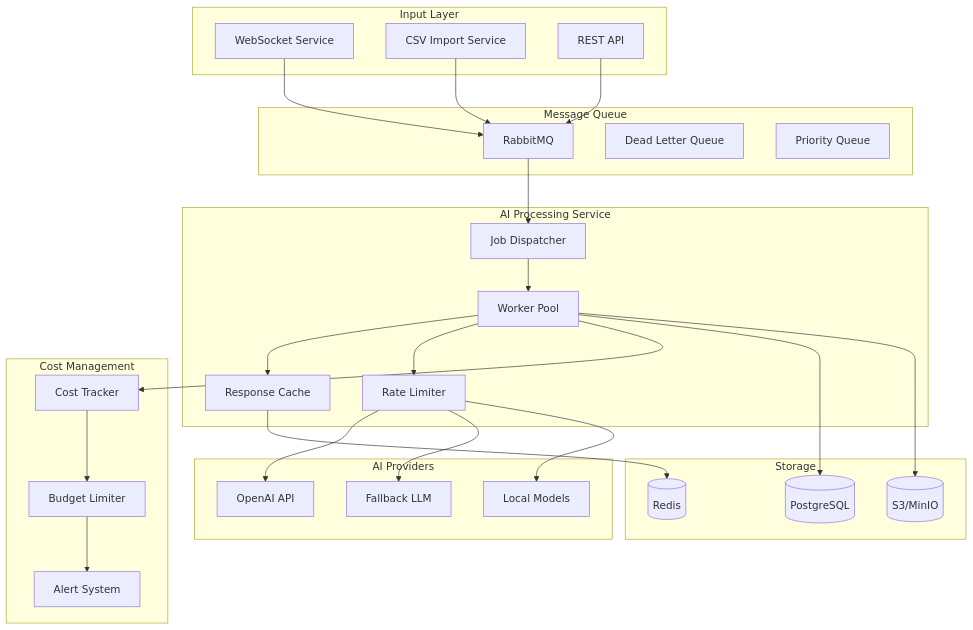
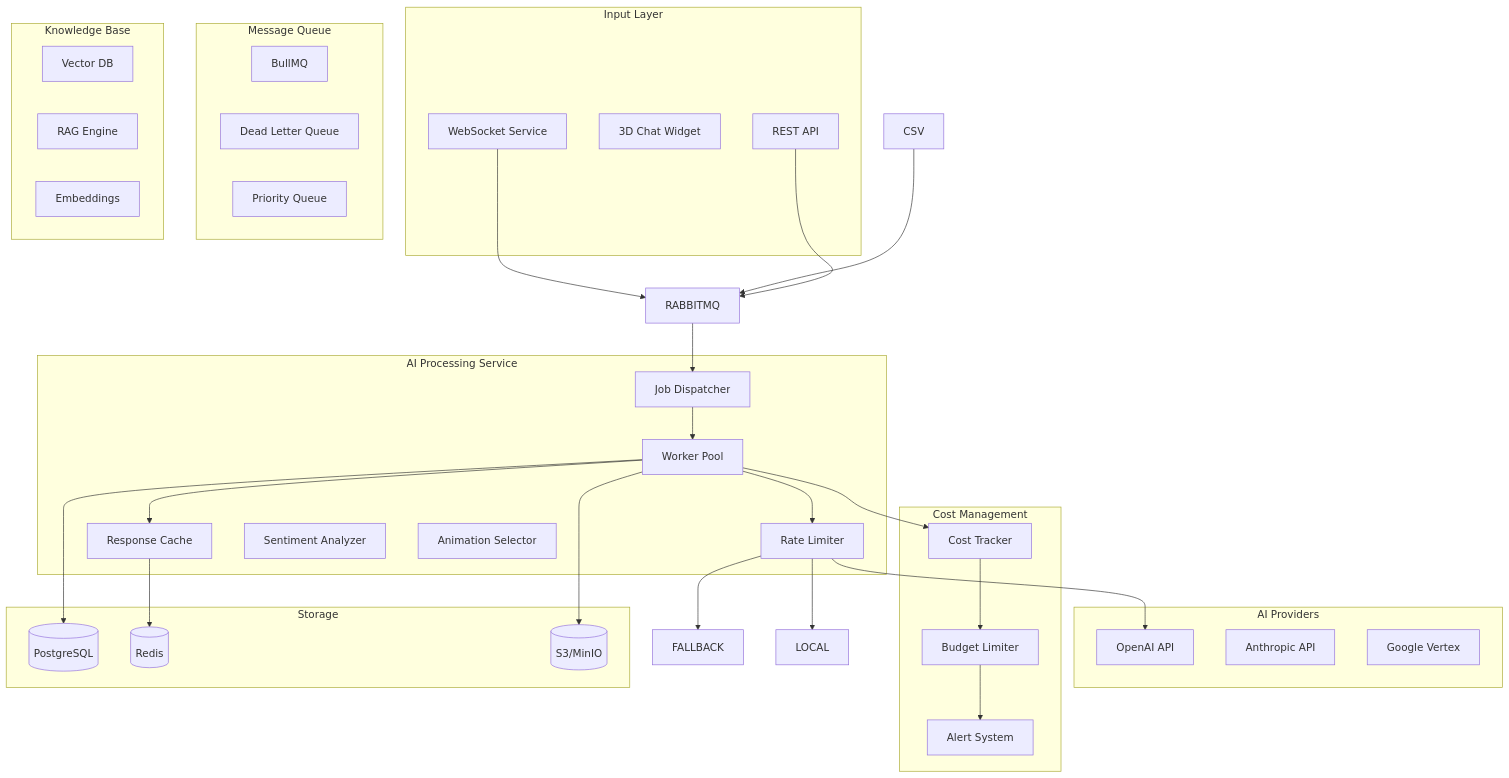
The diagram in architecture/AI_PROCESSING_PIPELINE.md (kjanat/notso-saas), drawn with Mermaid before and after one commit. The commit also changed other lines of this file and 13 other files, not shown here.

````diff
--- a/architecture/AI_PROCESSING_PIPELINE.md
+++ b/architecture/AI_PROCESSING_PIPELINE.md
@@ -9,60 +9,68 @@
 ```mermaid
 graph TB
     subgraph "Input Layer"
         WS[WebSocket Service]
-        CSV[CSV Import Service]
+        WIDGET[3D Chat Widget]
         API[REST API]
     end
 
     subgraph "Message Queue"
-        RABBITMQ[RabbitMQ]
+        BULLMQ[BullMQ]
         DLQ[Dead Letter Queue]
         PRIORITY[Priority Queue]
     end
 
     subgraph "AI Processing Service"
         DISPATCHER[Job Dispatcher]
         WORKERS[Worker Pool]
         CACHE[Response Cache]
         RATE[Rate Limiter]
+        SENTIMENT[Sentiment Analyzer]
+        ANIMATION[Animation Selector]
+    end
+
+    subgraph "Knowledge Base"
+        VECTOR[Vector DB]
+        RAG[RAG Engine]
+        EMBED[Embeddings]
     end
 
     subgraph "AI Providers"
         OPENAI[OpenAI API]
-        FALLBACK[Fallback LLM]
-        LOCAL[Local Models]
+        ANTHROPIC[Anthropic API]
+        VERTEX[Google Vertex]
     end
 
     subgraph "Cost Management"
         TRACKER[Cost Tracker]
         LIMITER[Budget Limiter]
         ALERTS[Alert System]
     end
 
     subgraph "Storage"
         POSTGRES[(PostgreSQL)]
         REDIS[(Redis)]
         S3[(S3/MinIO)]
     end
 
     WS --> RABBITMQ
     CSV --> RABBITMQ
     API --> RABBITMQ
 
     RABBITMQ --> DISPATCHER
     DISPATCHER --> WORKERS
     WORKERS --> CACHE
     WORKERS --> RATE
 
     RATE --> OPENAI
     RATE --> FALLBACK
     RATE --> LOCAL
 
     WORKERS --> TRACKER
     TRACKER --> LIMITER
     LIMITER --> ALERTS
 
     WORKERS --> POSTGRES
     CACHE --> REDIS
     WORKERS --> S3
 ```
````
